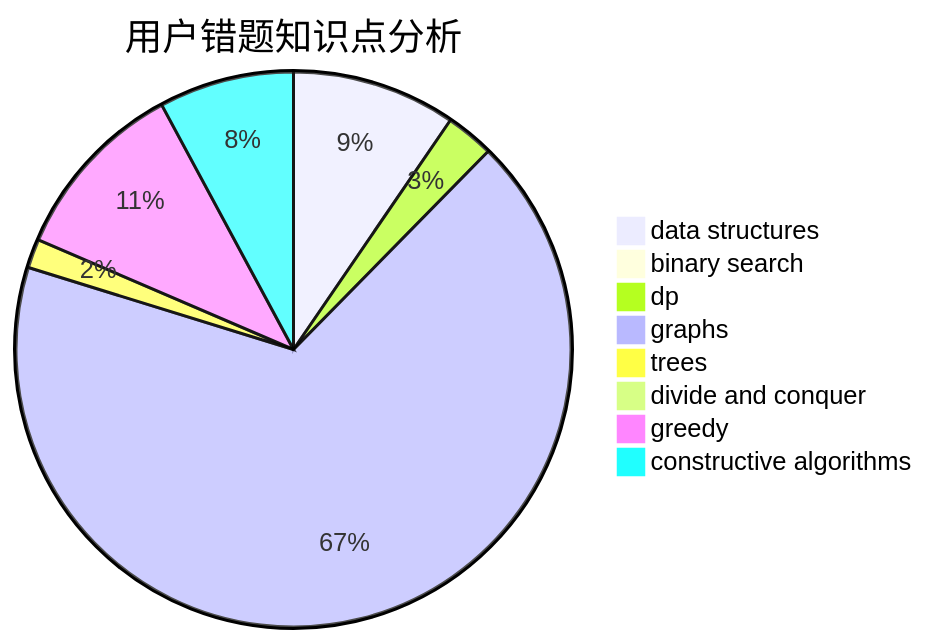
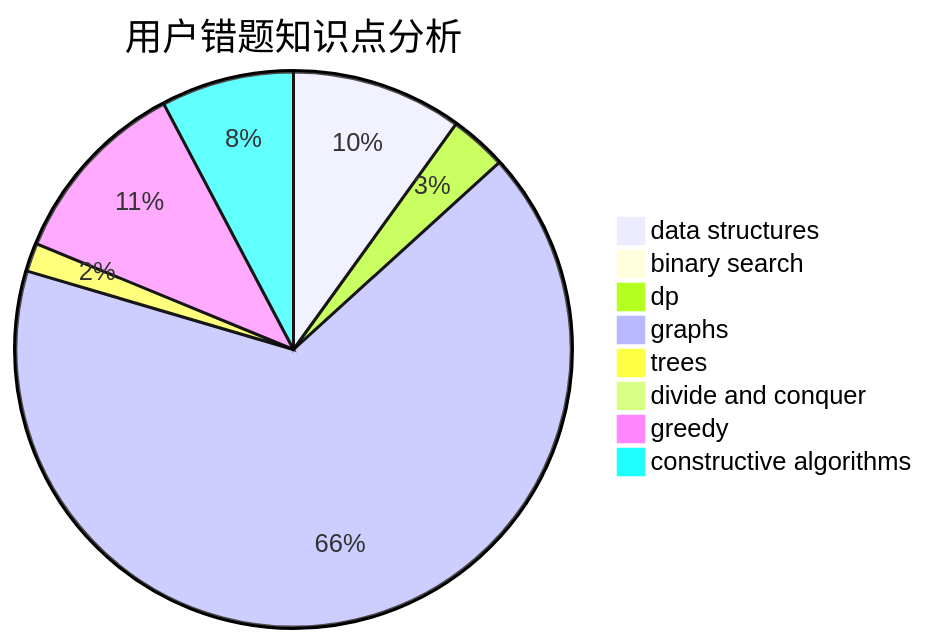
Before and after one commit to sherpahu/cfrs.github.io: the third of 3 diagrams in docs/user/u1706.md, drawn with Mermaid. The commit also changed other lines of this file and 2770 other files, not shown here.

````diff
--- a/docs/user/u1706.md
+++ b/docs/user/u1706.md
@@ -36,11 +36,11 @@
 ```mermaid
 pie title 用户错题知识点分析
-    "data structures" :  17
+    "data structures" :  18
     "binary search" :  1
-    "dp" :  5
+    "dp" :  6
     "graphs" :  120
     "trees" :  3
     "divide and conquer" :  1
-    "greedy" :  19
+    "greedy" :  20
     "constructive algorithms" :  14
 ```
````
